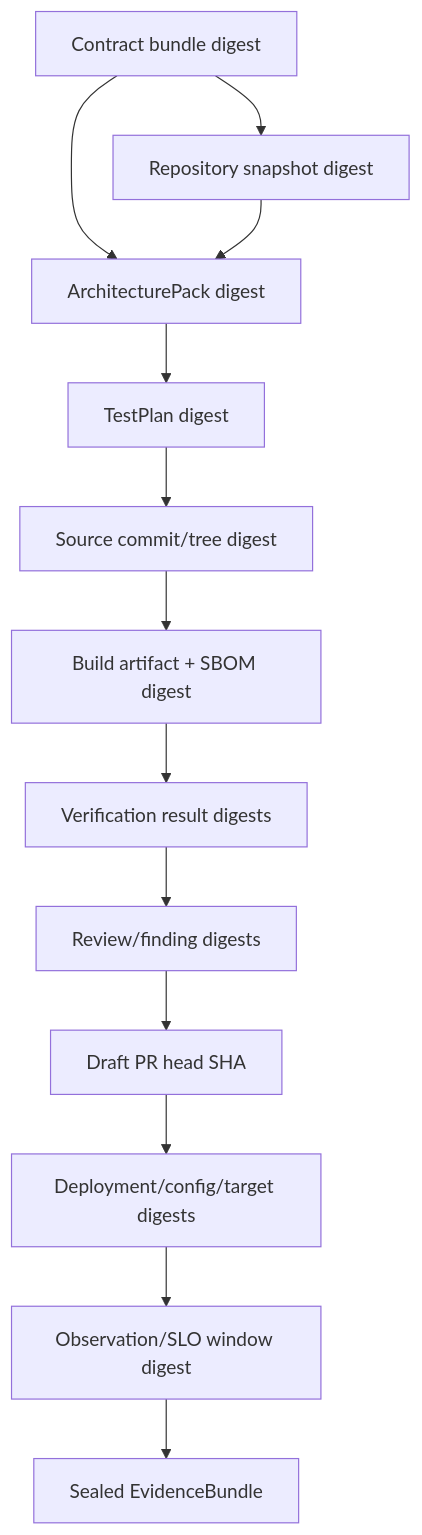
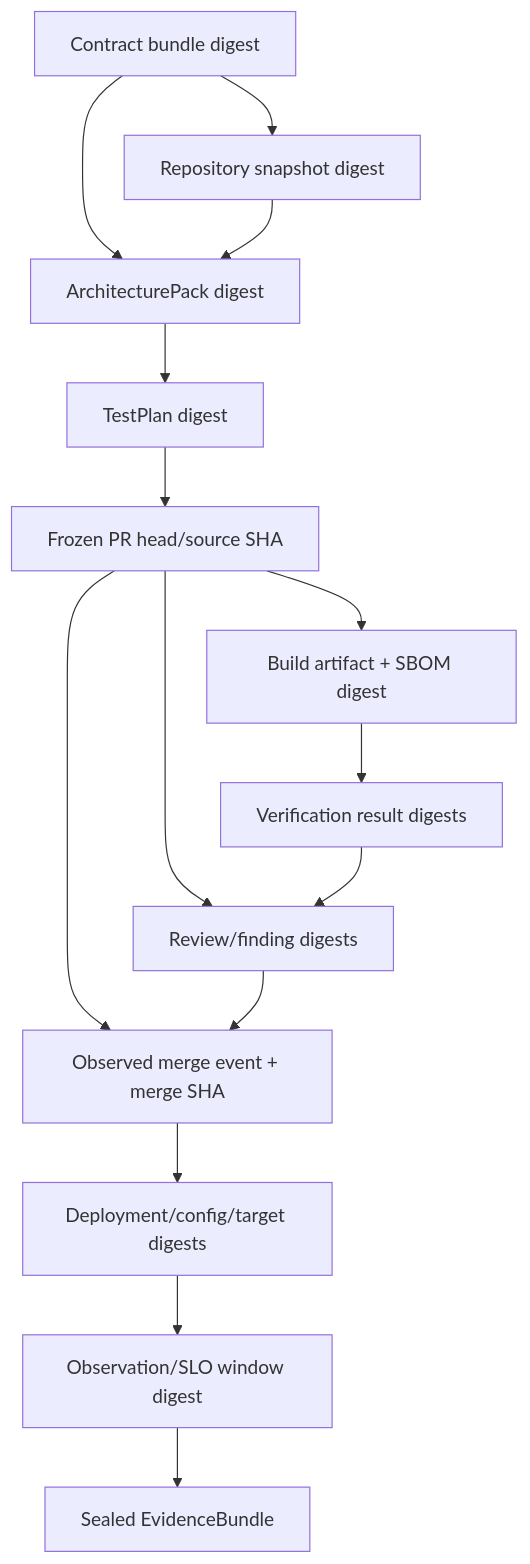
Before and after one commit to Abhillashjadhav/production-engineering-os: the second of 3 diagrams in docs/TARGET-ARCHITECTURE.md, drawn with Mermaid. The commit also changed other lines of this file and 4 other files, not shown here.

````diff
--- a/docs/TARGET-ARCHITECTURE.md
+++ b/docs/TARGET-ARCHITECTURE.md
@@ -131,15 +131,17 @@
 ```mermaid
 flowchart TB
     C[Contract bundle digest] --> R[Repository snapshot digest]
     C --> A[ArchitecturePack digest]
     R --> A
     A --> T[TestPlan digest]
-    T --> S[Source commit/tree digest]
-    S --> B[Build artifact + SBOM digest]
+    T --> H[Frozen PR head/source SHA]
+    H --> B[Build artifact + SBOM digest]
     B --> V[Verification result digests]
+    H --> RV[Review/finding digests]
     V --> RV[Review/finding digests]
-    RV --> PR[Draft PR head SHA]
-    PR --> D[Deployment/config/target digests]
+    H --> M[Observed merge event + merge SHA]
+    RV --> M
+    M --> D[Deployment/config/target digests]
     D --> O[Observation/SLO window digest]
     O --> E[Sealed EvidenceBundle]
 ```
````
